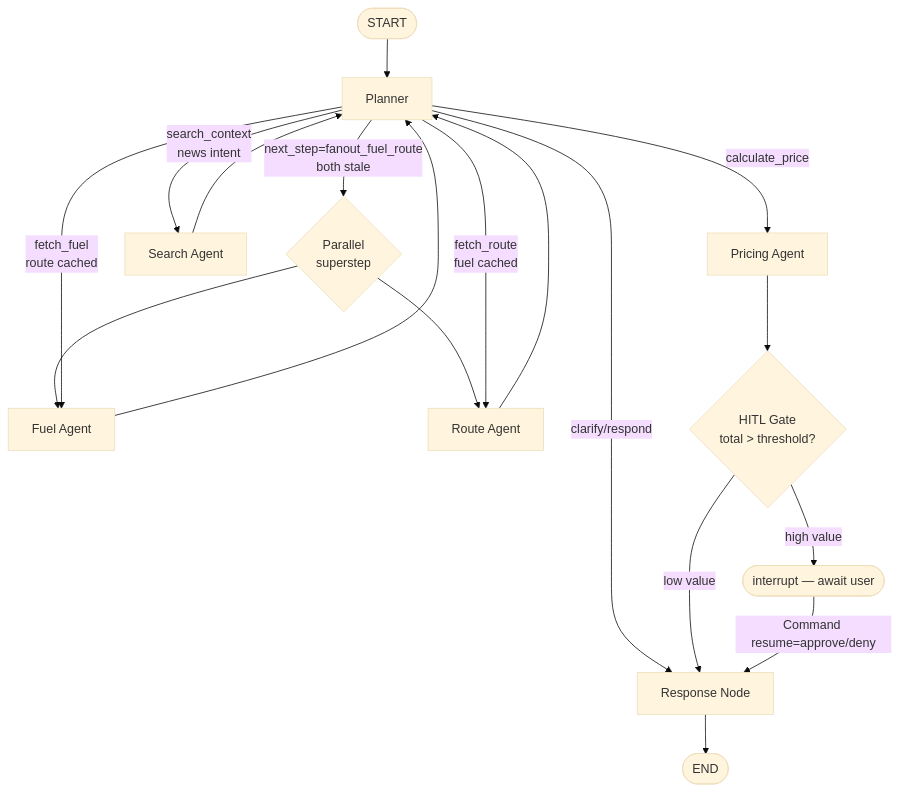
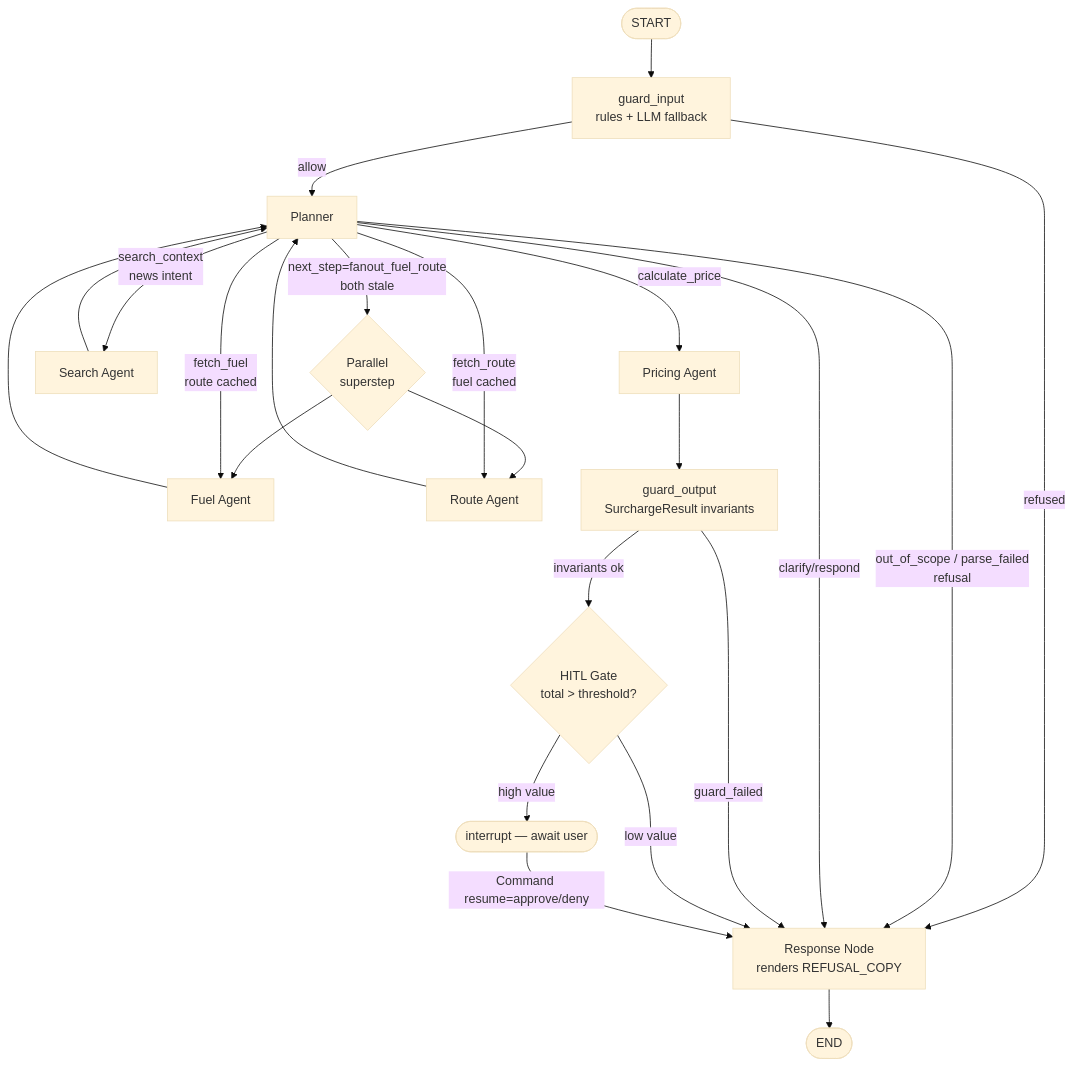
The diagram in README.md (hhej/express-dynamic-workflow), drawn with Mermaid (base theme) before and after one commit. The commit also changed other lines of this file and 3 other files, not shown here.

````diff
--- a/README.md
+++ b/README.md
@@ -62,20 +62,25 @@
 ```mermaid
 flowchart TD
-    START([START]) --> P[Planner]
+    START([START]) --> GI[guard_input<br/>rules + LLM fallback]
+    GI -->|refused| RESP[Response Node<br/>renders REFUSAL_COPY]
+    GI -->|allow| P[Planner]
     P -->|next_step=fanout_fuel_route<br/>both stale| FAN{Parallel<br/>superstep}
     FAN --> F[Fuel Agent]
     FAN --> R[Route Agent]
     P -->|fetch_fuel<br/>route cached| F
     P -->|fetch_route<br/>fuel cached| R
     P -->|search_context<br/>news intent| S[Search Agent]
     P -->|calculate_price| PR[Pricing Agent]
-    P -->|clarify/respond| RESP[Response Node]
+    P -->|out_of_scope / parse_failed<br/>refusal| RESP
+    P -->|clarify/respond| RESP
     F --> P
     R --> P
     S --> P
-    PR --> H{HITL Gate<br/>total > threshold?}
+    PR --> GO[guard_output<br/>SurchargeResult invariants]
+    GO -->|invariants ok| H{HITL Gate<br/>total > threshold?}
+    GO -->|guard_failed| RESP
     H -->|low value| RESP
     H -->|high value| INT([interrupt — await user])
     INT -->|Command resume=approve/deny| RESP
     RESP --> END([END])
 ```
````
